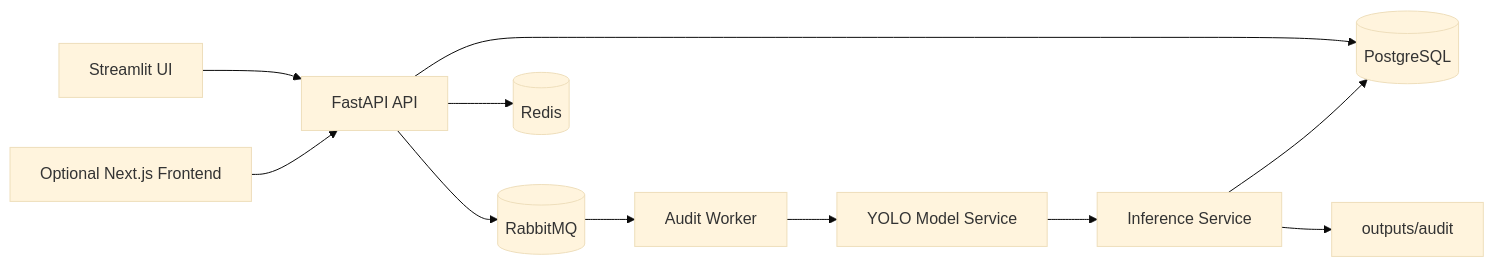
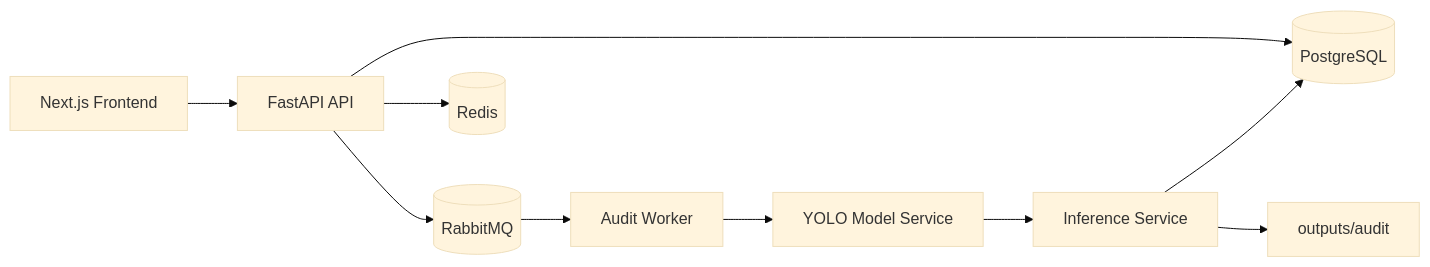
The diagram in README.md (VijayRajput4455/FMCG-Insight-360), drawn with Mermaid (base theme) before and after one commit. The commit also changed other lines of this file and 6 other files, not shown here.

Commit message:
implement frontend AuditConsole and backend audit API endpoints for image processing pipelines

````diff
--- a/README.md
+++ b/README.md
@@ -81,13 +79,12 @@
 ```mermaid
 flowchart LR
-		UI[Streamlit UI] --> API[FastAPI API]
-		WEB[Optional Next.js Frontend] --> API
+		WEB[Next.js Frontend] --> API[FastAPI API]
 		API --> DB[(PostgreSQL)]
 		API --> RMQ[(RabbitMQ)]
 		API --> REDIS[(Redis)]
 		RMQ --> WORKER[Audit Worker]
 		WORKER --> MODEL[YOLO Model Service]
 		MODEL --> INF[Inference Service]
 		INF --> DB
 		INF --> OUT[outputs/audit]
 ```
````
